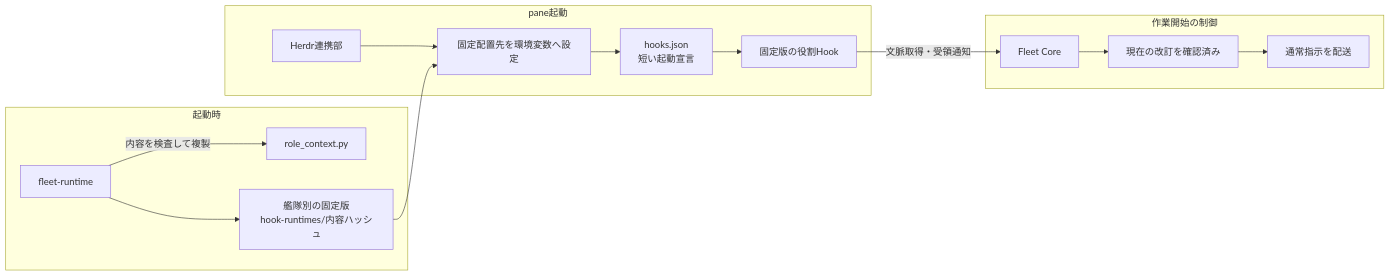
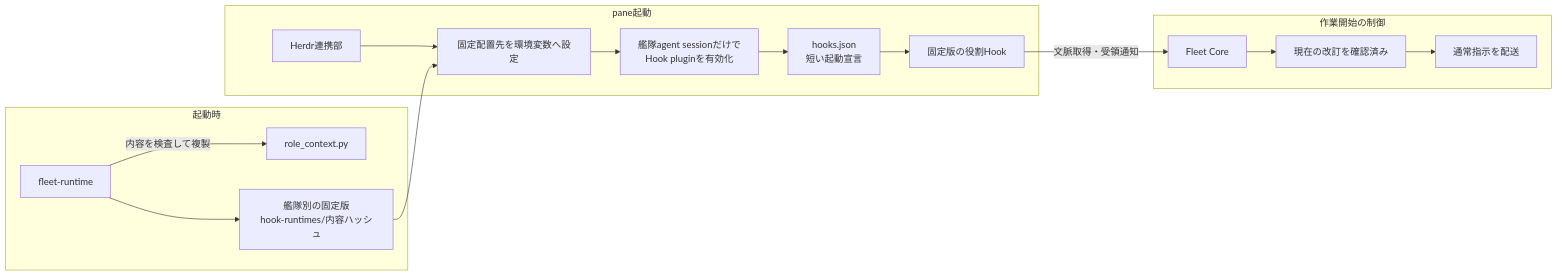
Before and after one commit to nakamori-naoya/agent-fleet-plugins: the third of 12 diagrams in docs/2026-08-31-エージェント艦隊-連携と全体制御.md, drawn with Mermaid. The commit also changed other lines of this file and 17 other files, not shown here.

````diff
--- a/docs/2026-08-31-エージェント艦隊-連携と全体制御.md
+++ b/docs/2026-08-31-エージェント艦隊-連携と全体制御.md
@@ -96,24 +96,25 @@
 ```mermaid
 flowchart LR
     subgraph 起動時
         FR[fleet-runtime]
         SRC[role_context.py]
         SNAP[艦隊別の固定版<br/>hook-runtimes/内容ハッシュ]
         FR -->|内容を検査して複製| SRC
         FR --> SNAP
     end
     subgraph pane起動
         HA[Herdr連携部]
         ENV[固定配置先を環境変数へ設定]
+        ENABLE[艦隊agent sessionだけで<br/>Hook pluginを有効化]
         CFG[hooks.json<br/>短い起動宣言]
         RUN[固定版の役割Hook]
-        HA --> ENV --> CFG --> RUN
+        HA --> ENV --> ENABLE --> CFG --> RUN
     end
     subgraph 作業開始の制御
         CORE[Fleet Core]
         OK[現在の改訂を確認済み]
         JOB[通常指示を配送]
         RUN -->|文脈取得・受領通知| CORE --> OK --> JOB
     end
     SNAP --> ENV
 ```
````
